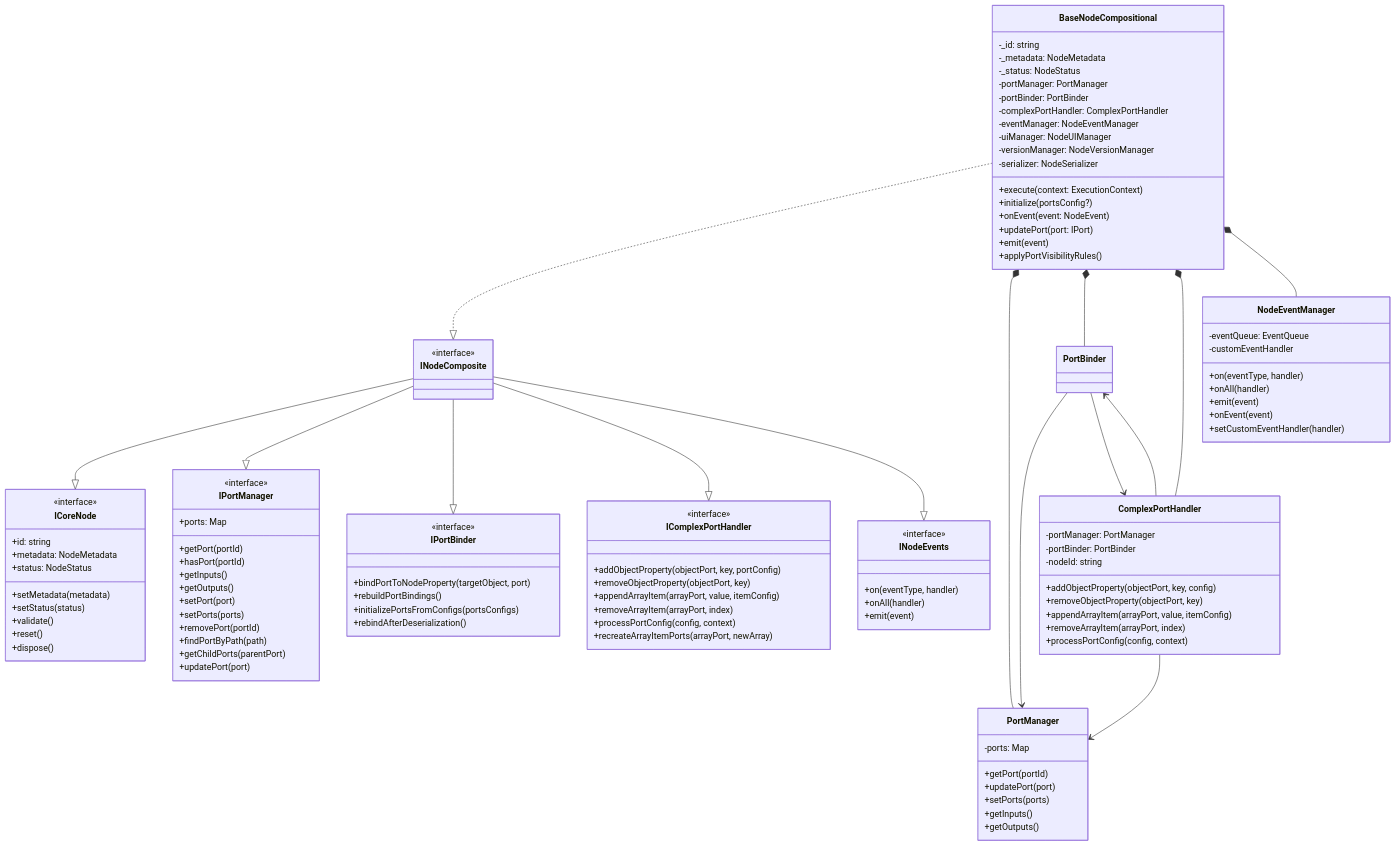
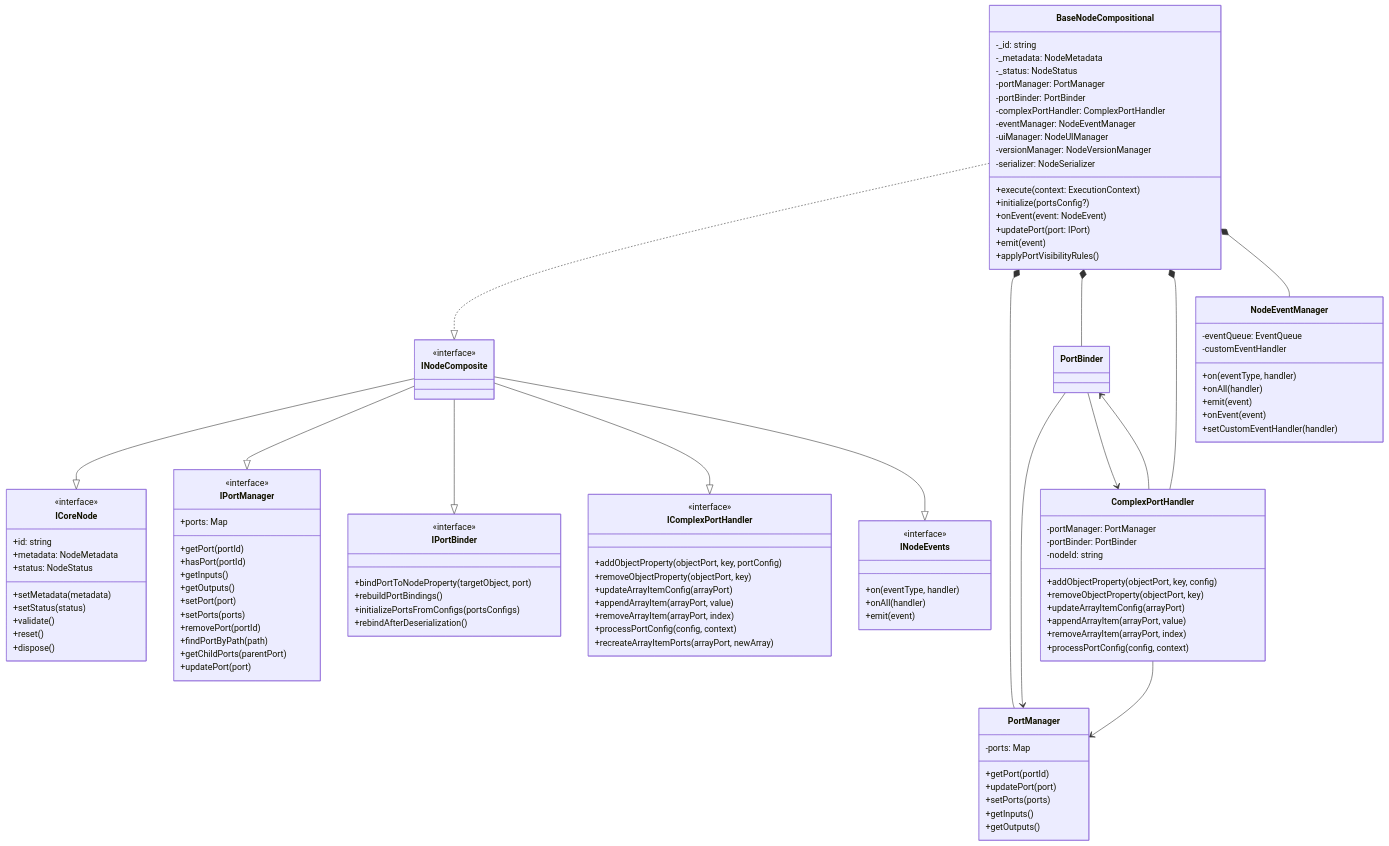
The first of 5 diagrams in packages/chaingraph-types/src/node/docs/node-architecture.md (chaingraphlabs/chaingraph), drawn with Mermaid before and after one commit. The commit also changed 12 other files, not shown here.

```diff
--- a/packages/chaingraph-types/src/node/docs/node-architecture.md
+++ b/packages/chaingraph-types/src/node/docs/node-architecture.md
@@ -68,7 +68,8 @@
         <<interface>>
         +addObjectProperty(objectPort, key, portConfig)
         +removeObjectProperty(objectPort, key)
-        +appendArrayItem(arrayPort, value, itemConfig)
+        +updateArrayItemConfig(arrayPort)
+        +appendArrayItem(arrayPort, value)
         +removeArrayItem(arrayPort, index)
         +processPortConfig(config, context)
         +recreateArrayItemPorts(arrayPort, newArray)
@@ -107,7 +108,8 @@
         -nodeId: string
         +addObjectProperty(objectPort, key, config)
         +removeObjectProperty(objectPort, key)
-        +appendArrayItem(arrayPort, value, itemConfig)
+        +updateArrayItemConfig(arrayPort)
+        +appendArrayItem(arrayPort, value)
         +removeArrayItem(arrayPort, index)
         +processPortConfig(config, context)
     }
```
